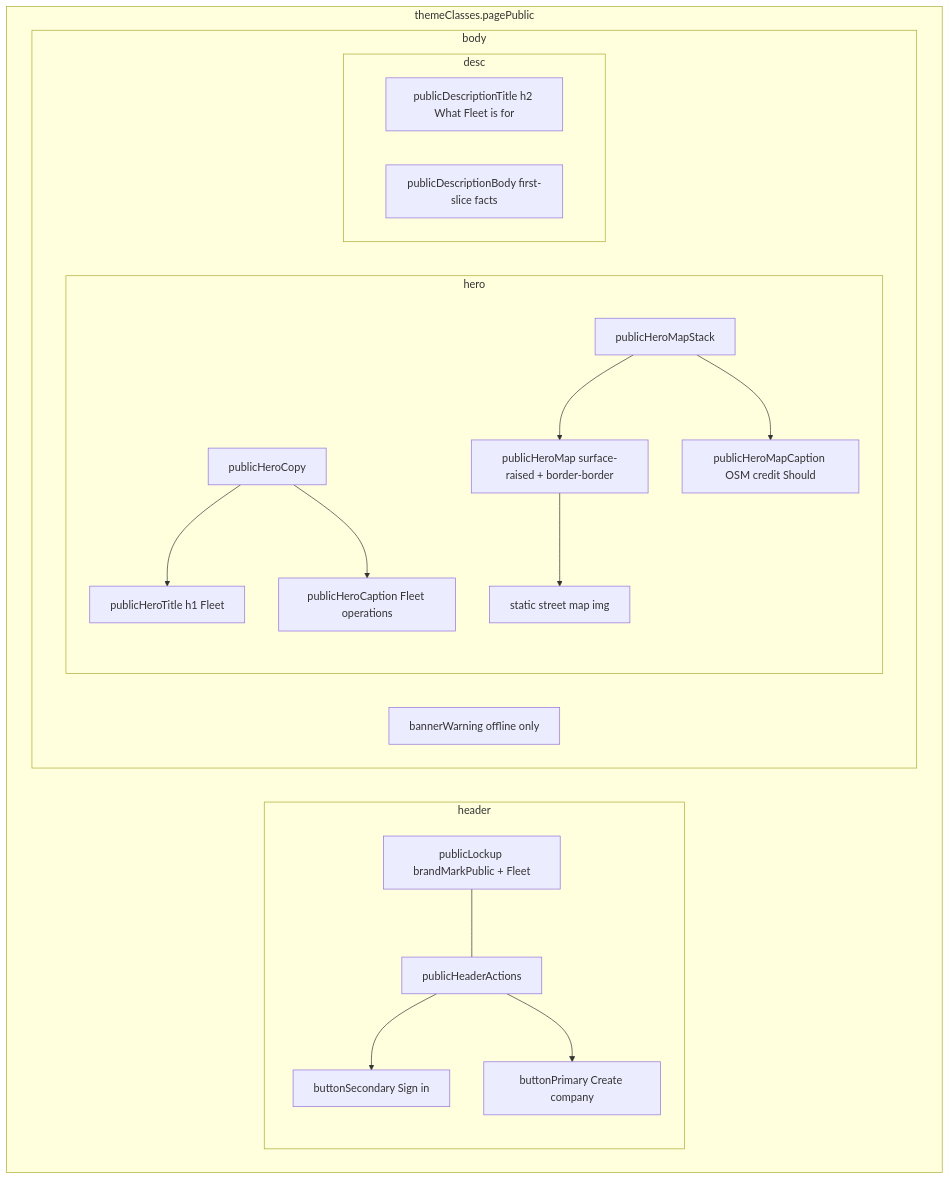
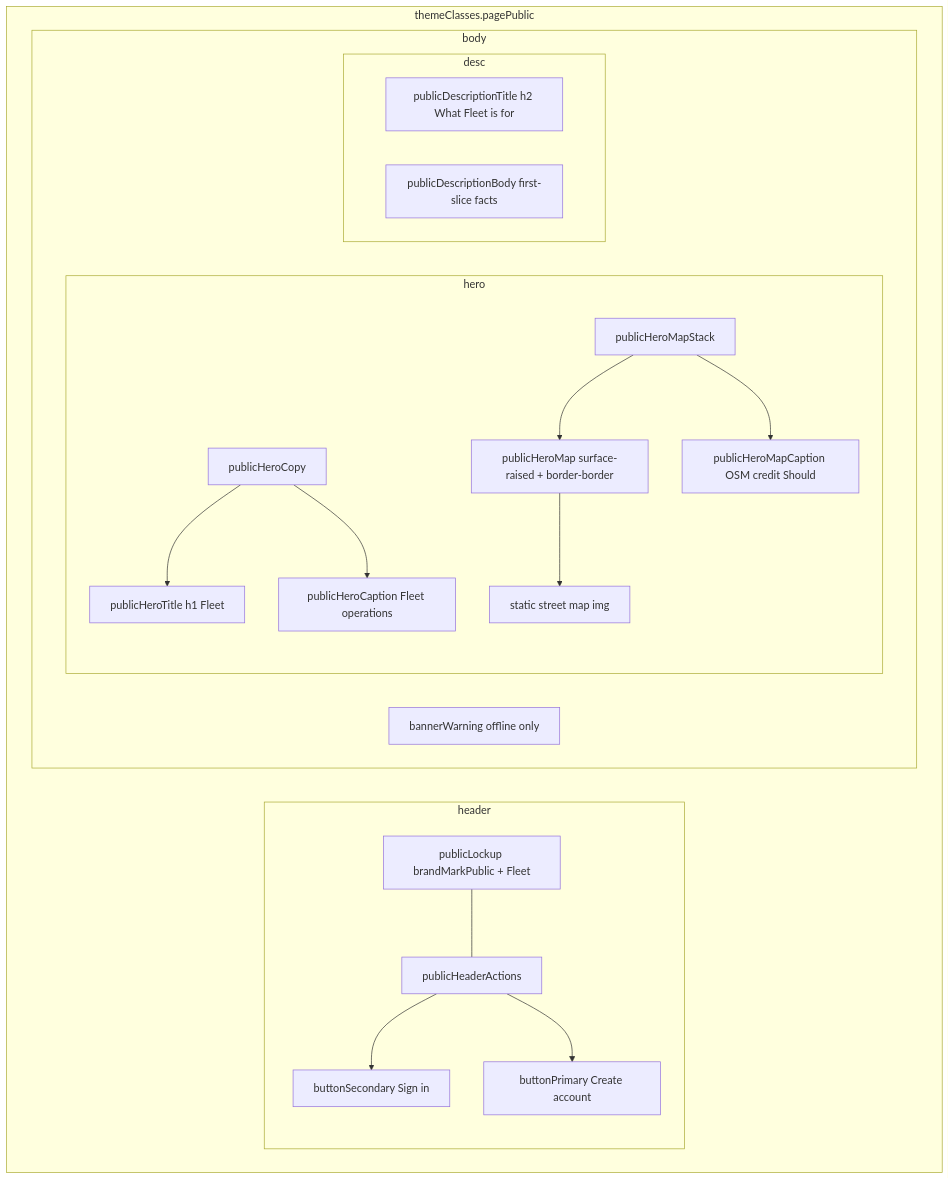
The diagram in design/pages/landing.md (Alex61-byte/fleet-management), drawn with Mermaid before and after one commit. The commit also changed other lines of this file and 110 other files, not shown here.

````diff
--- a/design/pages/landing.md
+++ b/design/pages/landing.md
@@ -23,39 +24,39 @@
 ```mermaid
 flowchart TB
   subgraph page [themeClasses.pagePublic]
     header[themeClasses.publicHeader sticky]
     body[themeClasses.publicBody]
   end
   subgraph header
     lockup[publicLockup brandMarkPublic + Fleet]
     actions[publicHeaderActions]
     signin[buttonSecondary Sign in]
-    create[buttonPrimary Create company]
+    create[buttonPrimary Create account]
     lockup --- actions
     actions --> signin
     actions --> create
   end
   subgraph body
     banner[bannerWarning offline only]
     hero[publicHero]
     desc[publicDescription panel]
   end
   subgraph hero
     copy[publicHeroCopy]
     title[publicHeroTitle h1 Fleet]
     caption[publicHeroCaption Fleet operations]
     mapStack[publicHeroMapStack]
     mapFrame[publicHeroMap surface-raised + border-border]
     mapImg[static street map img]
     mapCredit[publicHeroMapCaption OSM credit Should]
     copy --> title
     copy --> caption
     mapStack --> mapFrame
     mapFrame --> mapImg
     mapStack --> mapCredit
   end
   subgraph desc
     dtitle[publicDescriptionTitle h2 What Fleet is for]
     dbody[publicDescriptionBody first-slice facts]
   end
 ```
````
